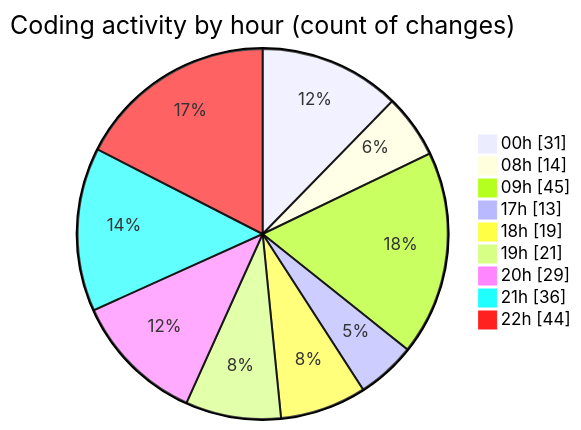
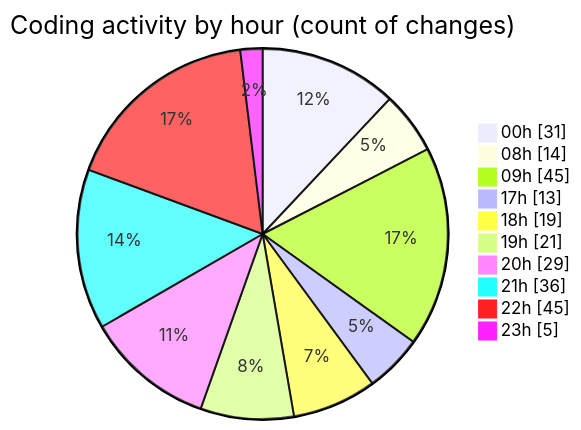
Before and after one commit to lephambinh05/code-tracking: the second of 2 diagrams in 2025-08-03/studybuddy/README.md, drawn with Mermaid. The commit also changed other lines of this file and 1 other file, not shown here.

````diff
--- a/2025-08-03/studybuddy/README.md
+++ b/2025-08-03/studybuddy/README.md
@@ -103,13 +103,14 @@
 ```mermaid
 pie showData
 title Coding activity by hour (count of changes)
 "00h" : 31
 "08h" : 14
 "09h" : 45
 "17h" : 13
 "18h" : 19
 "19h" : 21
 "20h" : 29
 "21h" : 36
-"22h" : 44
+"22h" : 45
+"23h" : 5
 ```
````
